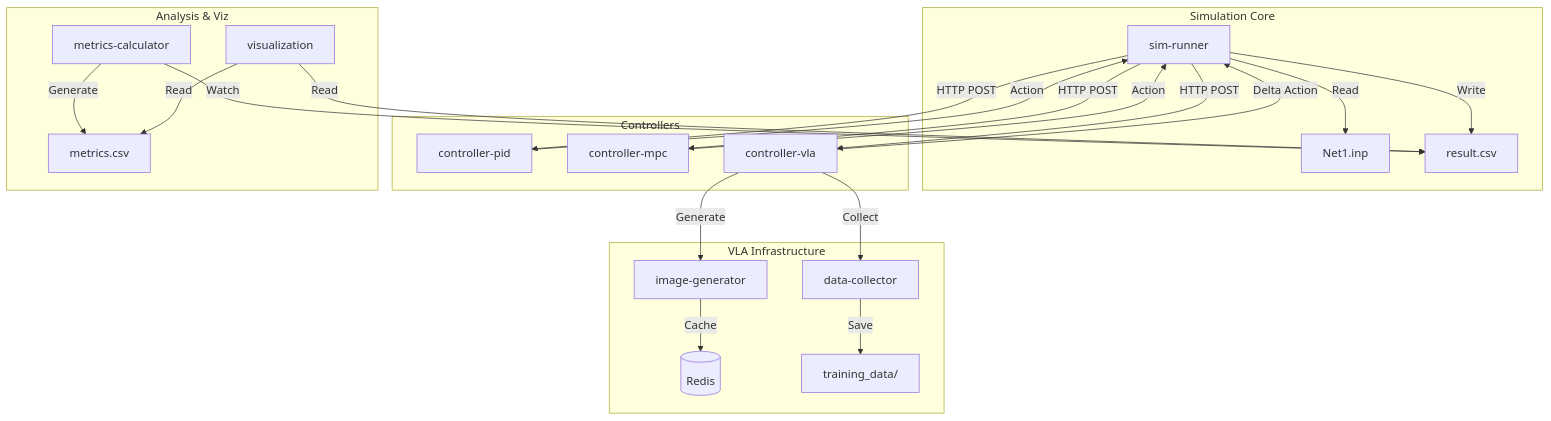
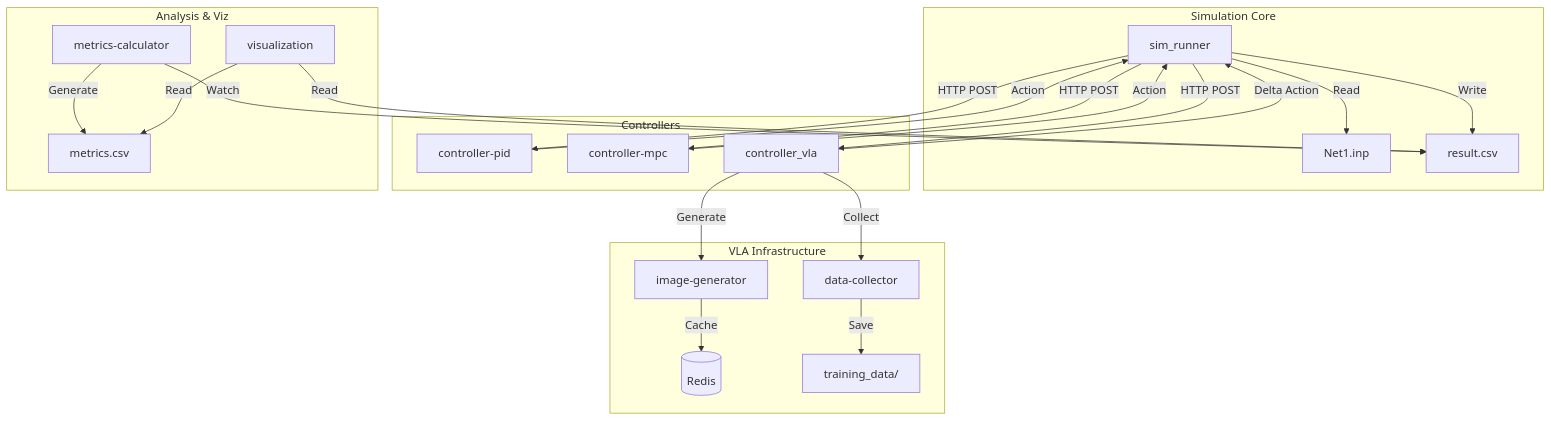
The diagram in README.md (hayato-akagi/epanet-sim), drawn with Mermaid before and after one commit. The commit also changed other lines of this file and 99 other files, not shown here.

Commit message:
feat: add containerized Net1 flow PID/VLA tuning and fair comparison workflow

````diff
--- a/README.md
+++ b/README.md
@@ -37,30 +39,30 @@
 ```mermaid
 graph TB
     subgraph "Simulation Core"
-        SR[sim-runner] -->|Read| INP[Net1.inp]
+        SR[sim_runner] -->|Read| INP[Net1.inp]
         SR -->|Write| RES[result.csv]
     end
     
     subgraph "Controllers"
         SR -->|HTTP POST| PID[controller-pid]
         SR -->|HTTP POST| MPC[controller-mpc]
-        SR -->|HTTP POST| VLA[controller-vla]
+        SR -->|HTTP POST| VLA[controller_vla]
         PID -->|Action| SR
         MPC -->|Action| SR
         VLA -->|Delta Action| SR
     end
     
     subgraph "VLA Infrastructure"
         VLA -->|Generate| IMG[image-generator]
         IMG -->|Cache| REDIS[(Redis)]
         VLA -->|Collect| DC[data-collector]
         DC -->|Save| TD[training_data/]
     end
     
     subgraph "Analysis & Viz"
         MET[metrics-calculator] -->|Watch| RES
         MET -->|Generate| M_CSV[metrics.csv]
         VIZ[visualization] -->|Read| RES
         VIZ -->|Read| M_CSV
     end
 ```
````
